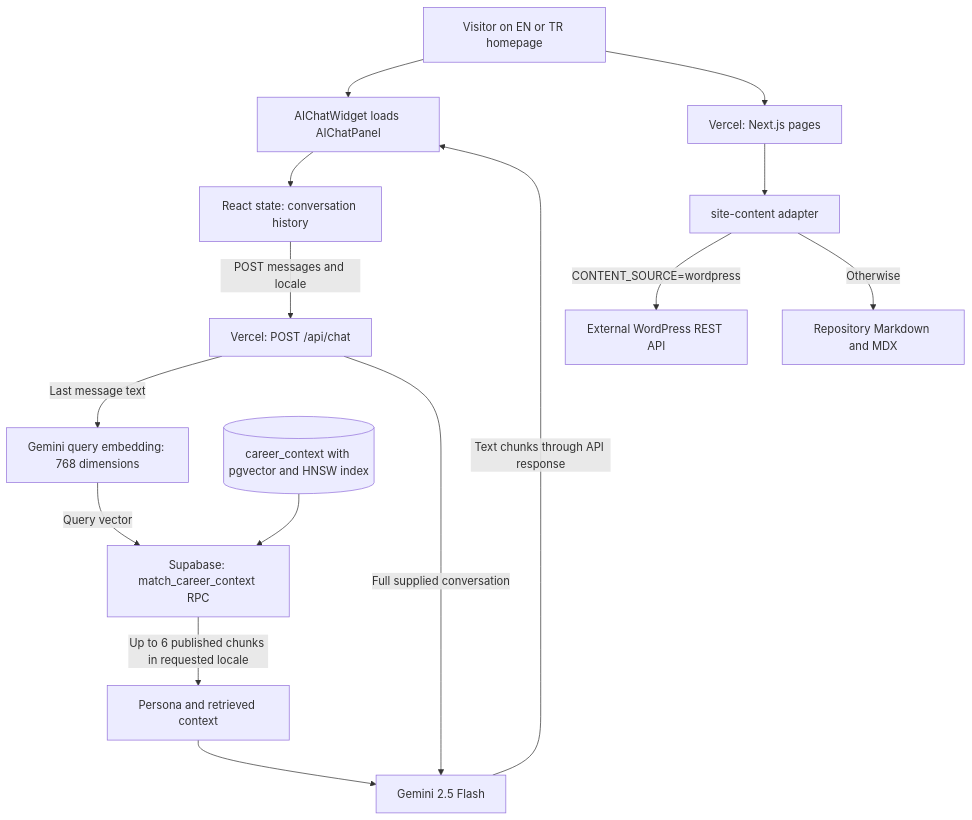
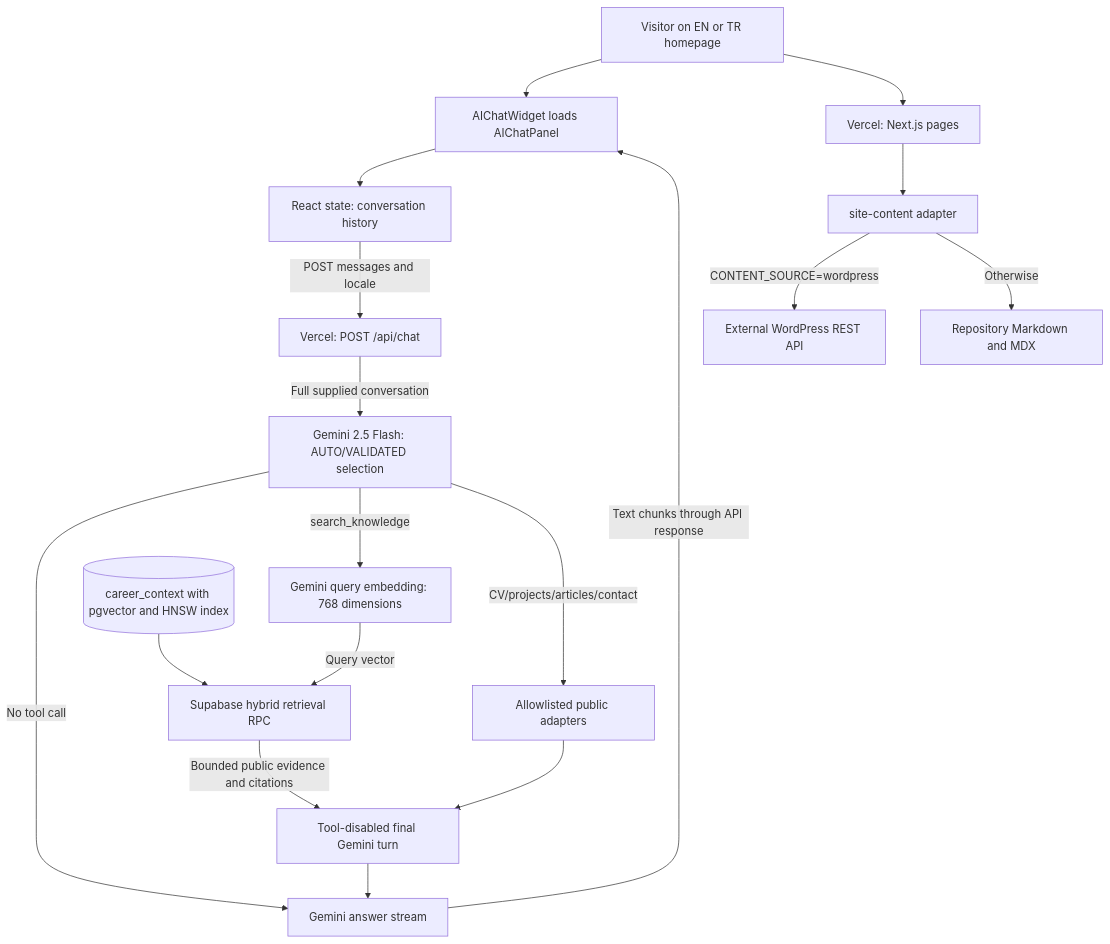
Before and after one commit to johnserra/johnserra: the first of 2 diagrams in docs/digital-twin-architecture.md, drawn with Mermaid. The commit also changed other lines of this file and 16 other files, not shown here.

````diff
--- a/docs/digital-twin-architecture.md
+++ b/docs/digital-twin-architecture.md
@@ -13,17 +13,20 @@
 ```mermaid
 flowchart TD
     Visitor[Visitor on EN or TR homepage] --> Widget[AIChatWidget loads AIChatPanel]
     Widget --> History[React state: conversation history]
     History -->|POST messages and locale| Chat[Vercel: POST /api/chat]
-    Chat -->|Last message text| Embed[Gemini query embedding: 768 dimensions]
-    Embed -->|Query vector| Match[Supabase: match_career_context RPC]
+    Chat -->|Full supplied conversation| Select[Gemini 2.5 Flash: AUTO/VALIDATED selection]
+    Select -->|No tool call| Generate[Gemini answer stream]
+    Select -->|search_knowledge| Embed[Gemini query embedding: 768 dimensions]
+    Embed -->|Query vector| Match[Supabase hybrid retrieval RPC]
     Store[(career_context with pgvector and HNSW index)] --> Match
-    Match -->|Up to 6 published chunks in requested locale| Prompt[Persona and retrieved context]
-    Chat -->|Full supplied conversation| Generate[Gemini 2.5 Flash]
-    Prompt --> Generate
+    Match -->|Bounded public evidence and citations| Final[Tool-disabled final Gemini turn]
+    Select -->|CV/projects/articles/contact| Sources[Allowlisted public adapters]
+    Sources --> Final
+    Final --> Generate
     Generate -->|Text chunks through API response| Widget
     Visitor --> Pages[Vercel: Next.js pages]
     Pages --> Adapter[site-content adapter]
     Adapter -->|CONTENT_SOURCE=wordpress| CMS[External WordPress REST API]
     Adapter -->|Otherwise| MDX[Repository Markdown and MDX]
 ```
````
